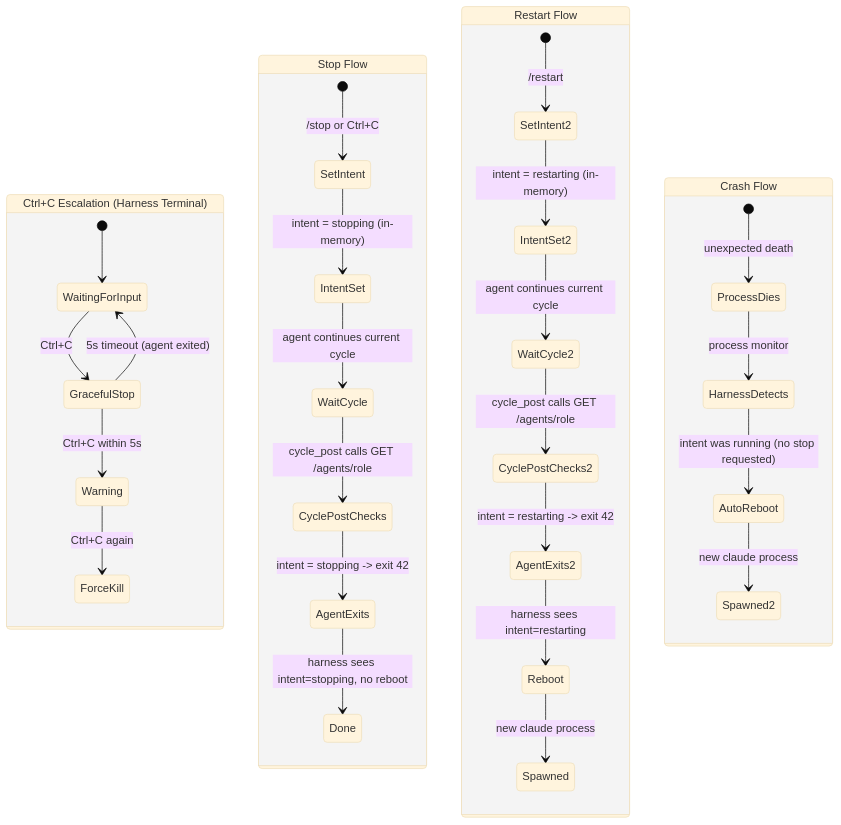
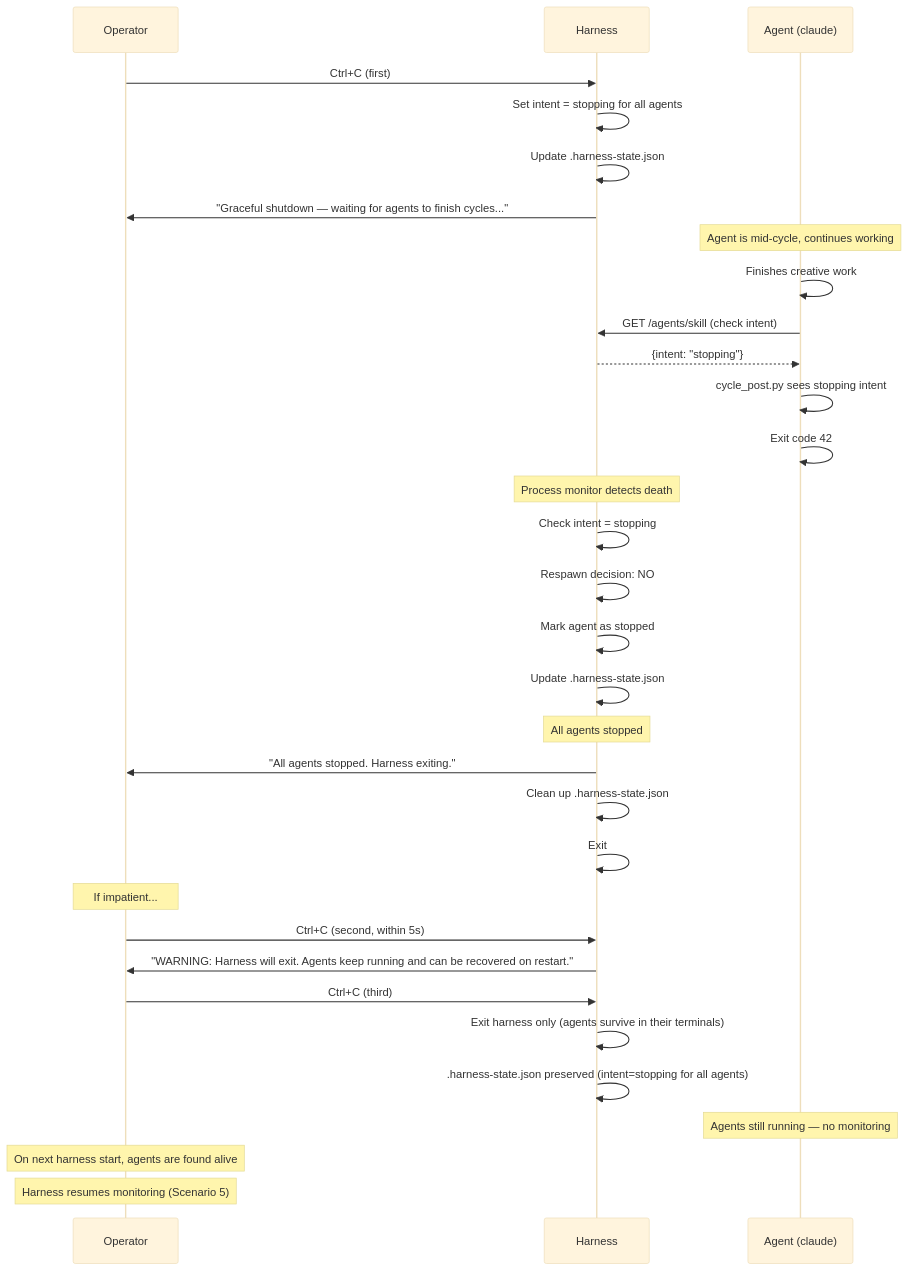
One commit to WallyDoodlez/SquidSquad changed the fifth of 8 diagrams in .squidsquad/pm/planning/HARNESS-LIFECYCLE-PRD.md. Above: the diagram before and after it, drawn with Mermaid (base theme). The commit also changed other lines of this file and 35 other files, not shown here.

````diff
--- a/.squidsquad/pm/planning/HARNESS-LIFECYCLE-PRD.md
+++ b/.squidsquad/pm/planning/HARNESS-LIFECYCLE-PRD.md
@@ -92,36 +155,40 @@
 ```mermaid
-stateDiagram-v2
-    state "Ctrl+C Escalation (Harness Terminal)" as CtrlC {
-        [*] --> WaitingForInput
-        WaitingForInput --> GracefulStop: Ctrl+C
-        GracefulStop --> Warning: Ctrl+C within 5s
-        Warning --> ForceKill: Ctrl+C again
-        GracefulStop --> WaitingForInput: 5s timeout (agent exited)
-    }
+sequenceDiagram
+    participant O as Operator
+    participant H as Harness
+    participant A as Agent (claude)
 
-    state "Stop Flow" as StopFlow {
-        [*] --> SetIntent: /stop or Ctrl+C
-        SetIntent --> IntentSet: intent = stopping (in-memory)
-        IntentSet --> WaitCycle: agent continues current cycle
-        WaitCycle --> CyclePostChecks: cycle_post calls GET /agents/role
-        CyclePostChecks --> AgentExits: intent = stopping -> exit 42
-        AgentExits --> Done: harness sees intent=stopping, no reboot
-    }
+    O->>H: Ctrl+C (first)
+    H->>H: Set intent = stopping for all agents
+    H->>H: Update .harness-state.json
+    H->>O: "Graceful shutdown — waiting for agents to finish cycles..."
 
-    state "Restart Flow" as RestartFlow {
-        [*] --> SetIntent2: /restart
-        SetIntent2 --> IntentSet2: intent = restarting (in-memory)
-        IntentSet2 --> WaitCycle2: agent continues current cycle
-        WaitCycle2 --> CyclePostChecks2: cycle_post calls GET /agents/role
-        CyclePostChecks2 --> AgentExits2: intent = restarting -> exit 42
-        AgentExits2 --> Reboot: harness sees intent=restarting
-        Reboot --> Spawned: new claude process
-    }
+    Note over A: Agent is mid-cycle, continues working
+    A->>A: Finishes creative work
+    A->>H: GET /agents/skill (check intent)
+    H-->>A: {intent: "stopping"}
+    A->>A: cycle_post.py sees stopping intent
+    A->>A: Exit code 42
 
-    state "Crash Flow" as CrashFlow {
-        [*] --> ProcessDies: unexpected death
-        ProcessDies --> HarnessDetects: process monitor
-        HarnessDetects --> AutoReboot: intent was running (no stop requested)
-        AutoReboot --> Spawned2: new claude process
-    }
+    Note over H: Process monitor detects death
+    H->>H: Check intent = stopping
+    H->>H: Respawn decision: NO
+    H->>H: Mark agent as stopped
+    H->>H: Update .harness-state.json
+
+    Note over H: All agents stopped
+    H->>O: "All agents stopped. Harness exiting."
+    H->>H: Clean up .harness-state.json
+    H->>H: Exit
+
+    Note over O: If impatient...
+    O->>H: Ctrl+C (second, within 5s)
+    H->>O: "WARNING: Harness will exit. Agents keep running and can be recovered on restart."
+    O->>H: Ctrl+C (third)
+    H->>H: Exit harness only (agents survive in their terminals)
+    H->>H: .harness-state.json preserved (intent=stopping for all agents)
+
+    Note over A: Agents still running — no monitoring
+    Note over O: On next harness start, agents are found alive
+    Note over O: Harness resumes monitoring (Scenario 5)
 ```
````
